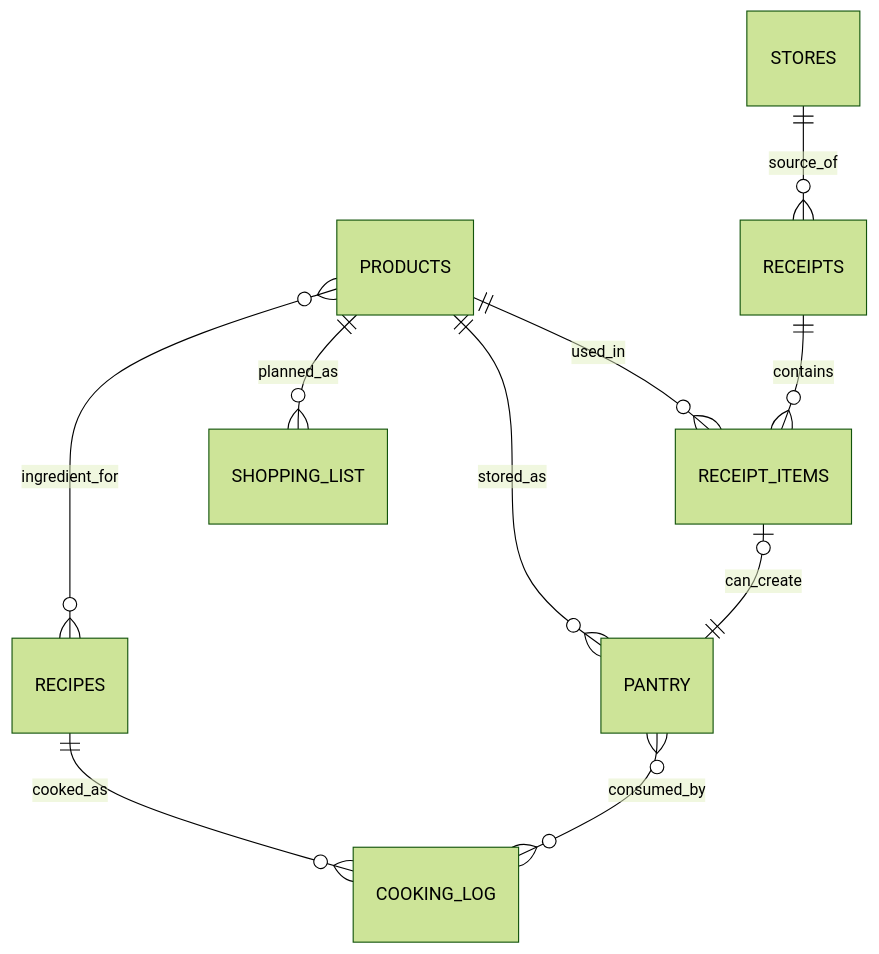
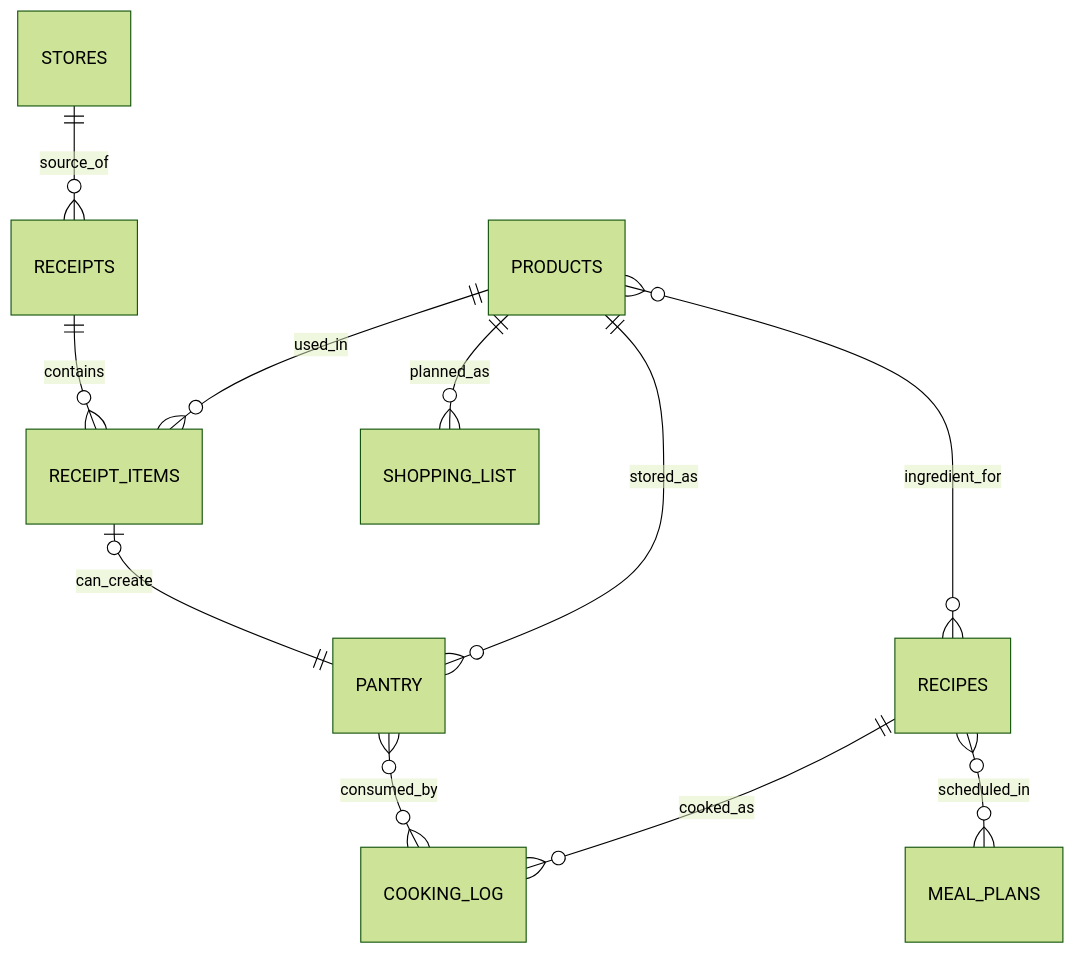
Before and after one commit to smeryse/Knowledge-Base: the diagram in Projects/Еда/Docs/Schema.md, drawn with Mermaid (forest theme). The commit also changed other lines of this file and 20 other files, not shown here.

````diff
--- a/Projects/Еда/Docs/Schema.md
+++ b/Projects/Еда/Docs/Schema.md
@@ -82,12 +85,13 @@
 ```mermaid
 erDiagram
     PRODUCTS ||--o{ RECEIPT_ITEMS : used_in
     PRODUCTS }o--o{ RECIPES : ingredient_for
     STORES ||--o{ RECEIPTS : source_of
     RECEIPTS ||--o{ RECEIPT_ITEMS : contains
     PRODUCTS ||--o{ PANTRY : stored_as
     PRODUCTS ||--o{ SHOPPING_LIST : planned_as
     RECEIPT_ITEMS o|--|| PANTRY : can_create
     RECIPES ||--o{ COOKING_LOG : cooked_as
     PANTRY }o--o{ COOKING_LOG : consumed_by
+    RECIPES }o--o{ MEAL_PLANS : scheduled_in
 ```
````
